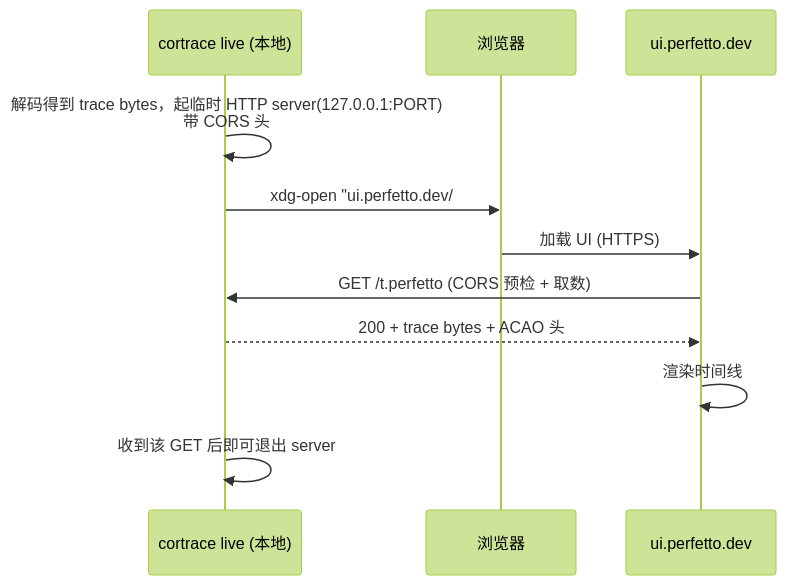
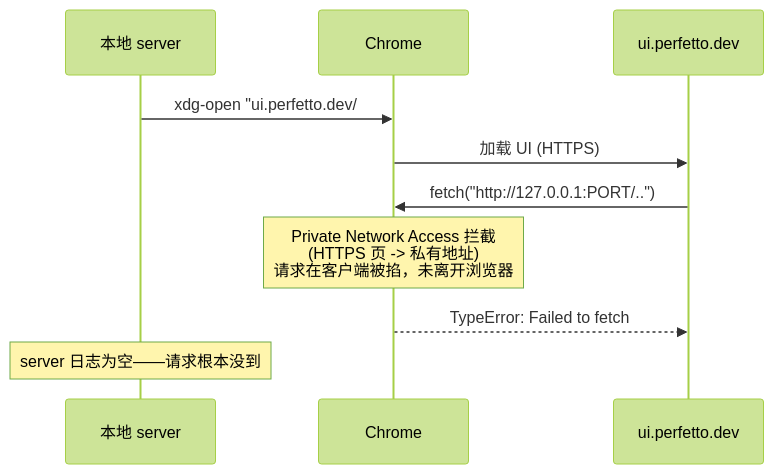
The second of 6 diagrams in docs/01-perfetto-live-bridge.md (FASTSHIFT/cortrace), drawn with Mermaid (forest theme) before and after one commit. The commit also changed other lines of this file and 1 other file, not shown here.

First line of the commit message:
feat: one-click Perfetto open via local host page and postMessage

````diff
--- a/docs/01-perfetto-live-bridge.md
+++ b/docs/01-perfetto-live-bridge.md
@@ -52,13 +50,12 @@
 ```mermaid
 sequenceDiagram
-    participant CLI as cortrace live (本地)
-    participant BR as 浏览器
+    participant CLI as 本地 server
+    participant BR as Chrome
     participant UI as ui.perfetto.dev
-    CLI->>CLI: 解码得到 trace bytes，起临时 HTTP server(127.0.0.1:PORT)<br>带 CORS 头
     CLI->>BR: xdg-open "ui.perfetto.dev/#!/?url=http://127.0.0.1:PORT/t.perfetto"
     BR->>UI: 加载 UI (HTTPS)
-    UI->>CLI: GET /t.perfetto  (CORS 预检 + 取数)
-    CLI-->>UI: 200 + trace bytes + ACAO 头
-    UI->>UI: 渲染时间线
-    CLI->>CLI: 收到该 GET 后即可退出 server
+    UI->>BR: fetch("http://127.0.0.1:PORT/..")
+    Note over BR: Private Network Access 拦截<br>(HTTPS 页 -> 私有地址)<br>请求在客户端被掐，未离开浏览器
+    BR-->>UI: TypeError: Failed to fetch
+    Note over CLI: server 日志为空——请求根本没到
 ```
````
